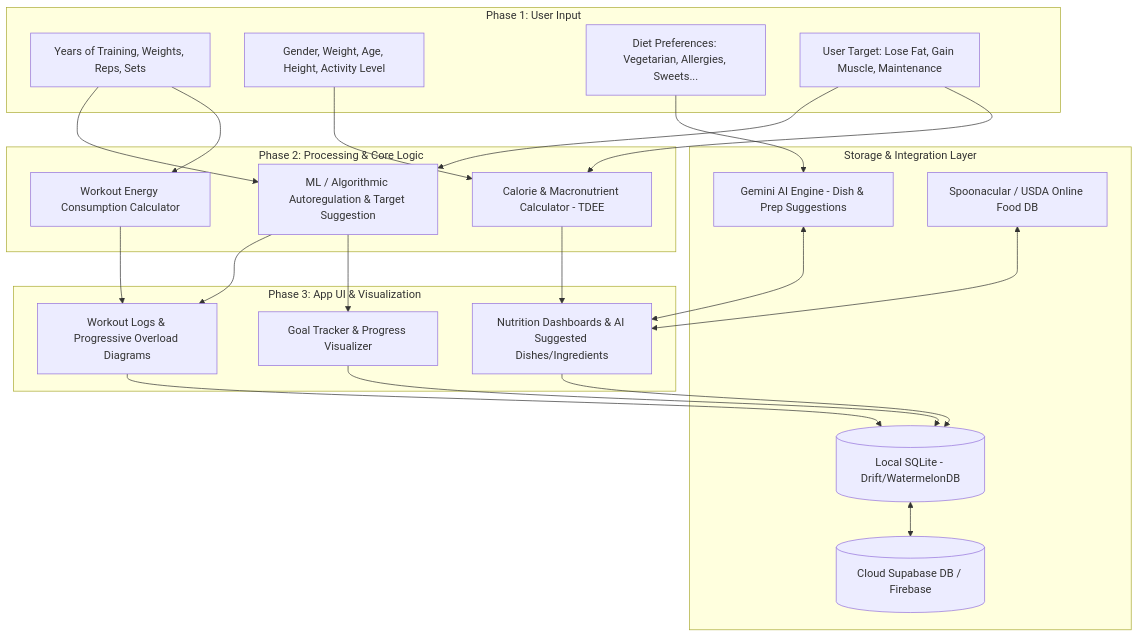
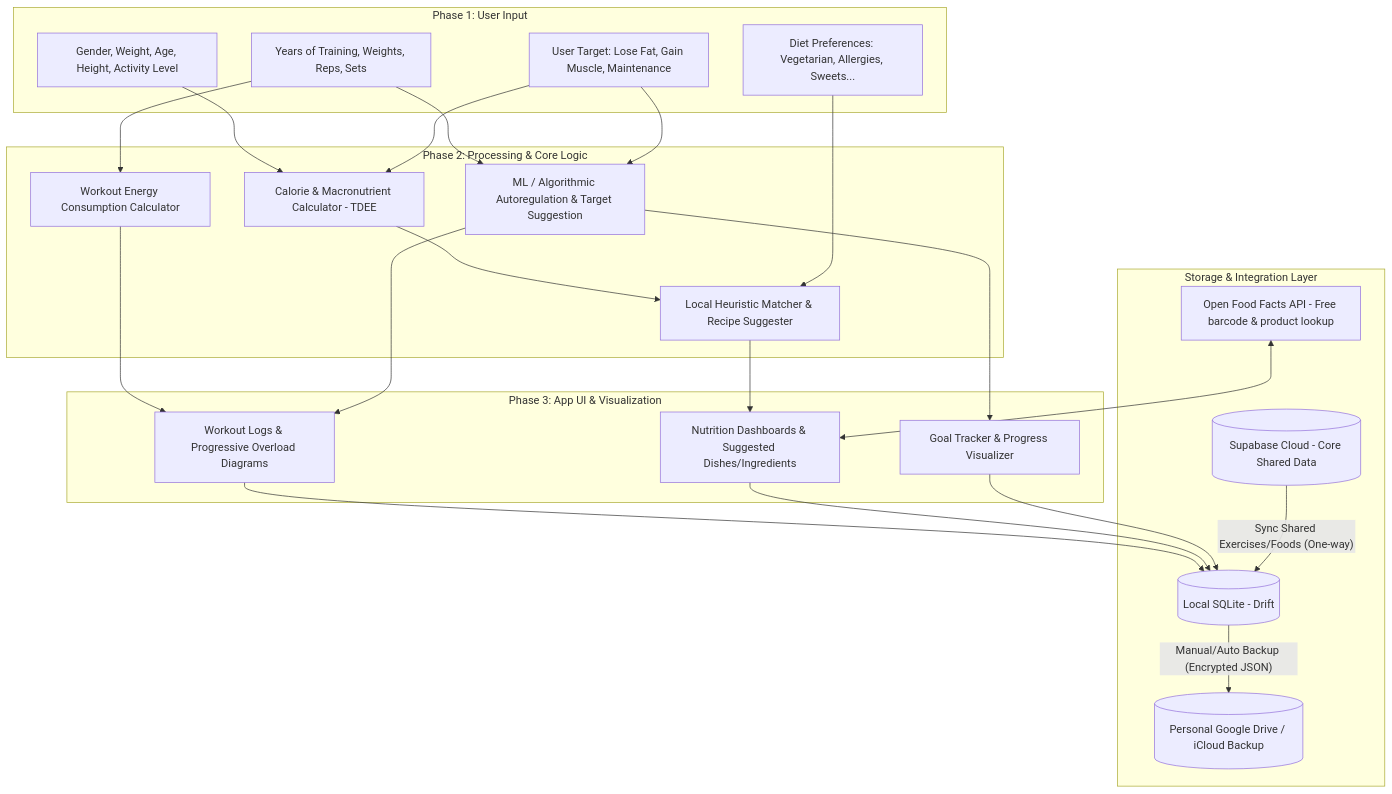
The first of 3 diagrams in plan.md (felixilars/Aegymer), drawn with Mermaid before and after one commit. The commit also changed other lines of this file and 2 other files, not shown here.

````diff
--- a/plan.md
+++ b/plan.md
@@ -33,53 +26,55 @@
 ```mermaid
 graph TD
     %% Phase 1: User Input
     subgraph Phase1 [Phase 1: User Input]
         InputTrain[Years of Training, Weights, Reps, Sets]
         InputBody[Gender, Weight, Age, Height, Activity Level]
         InputPref[Diet Preferences: Vegetarian, Allergies, Sweets...]
         Target[User Target: Lose Fat, Gain Muscle, Maintenance]
     end
 
     %% Phase 2: Processing (ML / Algorithms)
     subgraph Phase2 [Phase 2: Processing & Core Logic]
         ML_AutoReg[ML / Algorithmic Autoregulation & Target Suggestion]
         Calc_TDEE[Calorie & Macronutrient Calculator - TDEE]
         Calc_ActiveCal[Workout Energy Consumption Calculator]
+        Local_Nutri[Local Heuristic Matcher & Recipe Suggester]
     end
 
     %% Phase 3: App UI/UX
     subgraph Phase3 [Phase 3: App UI & Visualization]
         UI_Workout[Workout Logs & Progressive Overload Diagrams]
-        UI_Nutri[Nutrition Dashboards & AI Suggested Dishes/Ingredients]
+        UI_Nutri[Nutrition Dashboards & Suggested Dishes/Ingredients]
         UI_Goals[Goal Tracker & Progress Visualizer]
     end
 
     %% Database & External Integration
     subgraph DataLayer [Storage & Integration Layer]
-        SQLite[(Local SQLite - Drift/WatermelonDB)]
-        Supabase[(Cloud Supabase DB / Firebase)]
-        Gemini[Gemini AI Engine - Dish & Prep Suggestions]
-        FoodAPI[Spoonacular / USDA Online Food DB]
+        SQLite[(Local SQLite - Drift)]
+        Supabase[(Supabase Cloud - Core Shared Data)]
+        UserCloud[(Personal Google Drive / iCloud Backup)]
+        OpenFoodFacts[Open Food Facts API - Free barcode & product lookup]
     end
 
     %% Connections
     InputTrain --> ML_AutoReg
     InputTrain --> Calc_ActiveCal
     InputBody --> Calc_TDEE
     Target --> ML_AutoReg
     Target --> Calc_TDEE
     
     Calc_ActiveCal --> UI_Workout
     ML_AutoReg --> UI_Workout
     ML_AutoReg --> UI_Goals
-    Calc_TDEE --> UI_Nutri
-    InputPref --> Gemini
+    Calc_TDEE --> Local_Nutri
+    InputPref --> Local_Nutri
+    Local_Nutri --> UI_Nutri
     
     UI_Workout --> SQLite
     UI_Nutri --> SQLite
     UI_Goals --> SQLite
     
-    SQLite <--> Supabase
-    Gemini <--> UI_Nutri
-    FoodAPI <--> UI_Nutri
+    Supabase -- "Sync Shared Exercises/Foods (One-way)" --> SQLite
+    SQLite -- "Manual/Auto Backup (Encrypted JSON)" --> UserCloud
+    OpenFoodFacts <--> UI_Nutri
 ```
````
